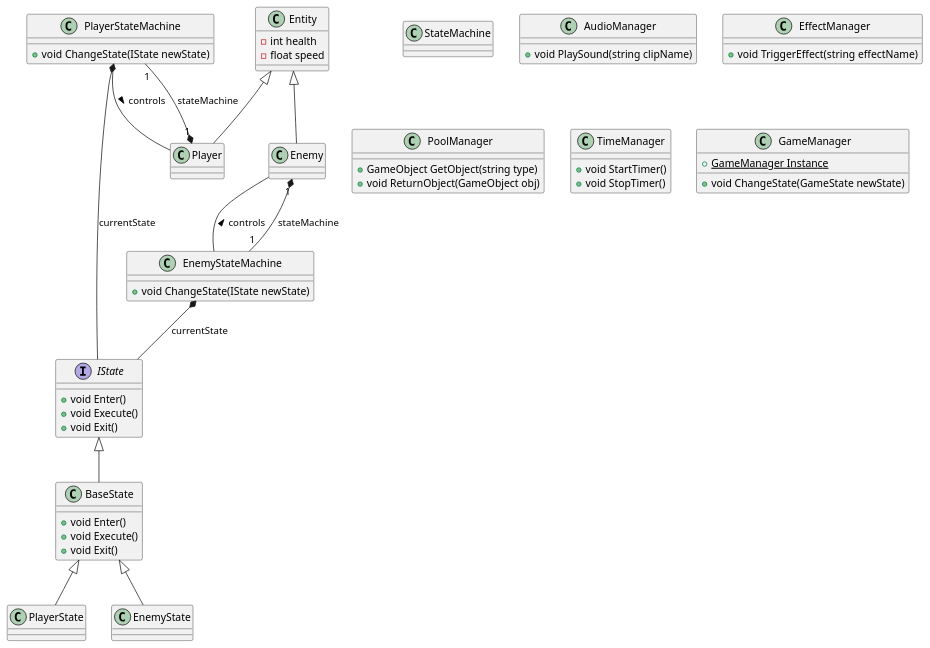
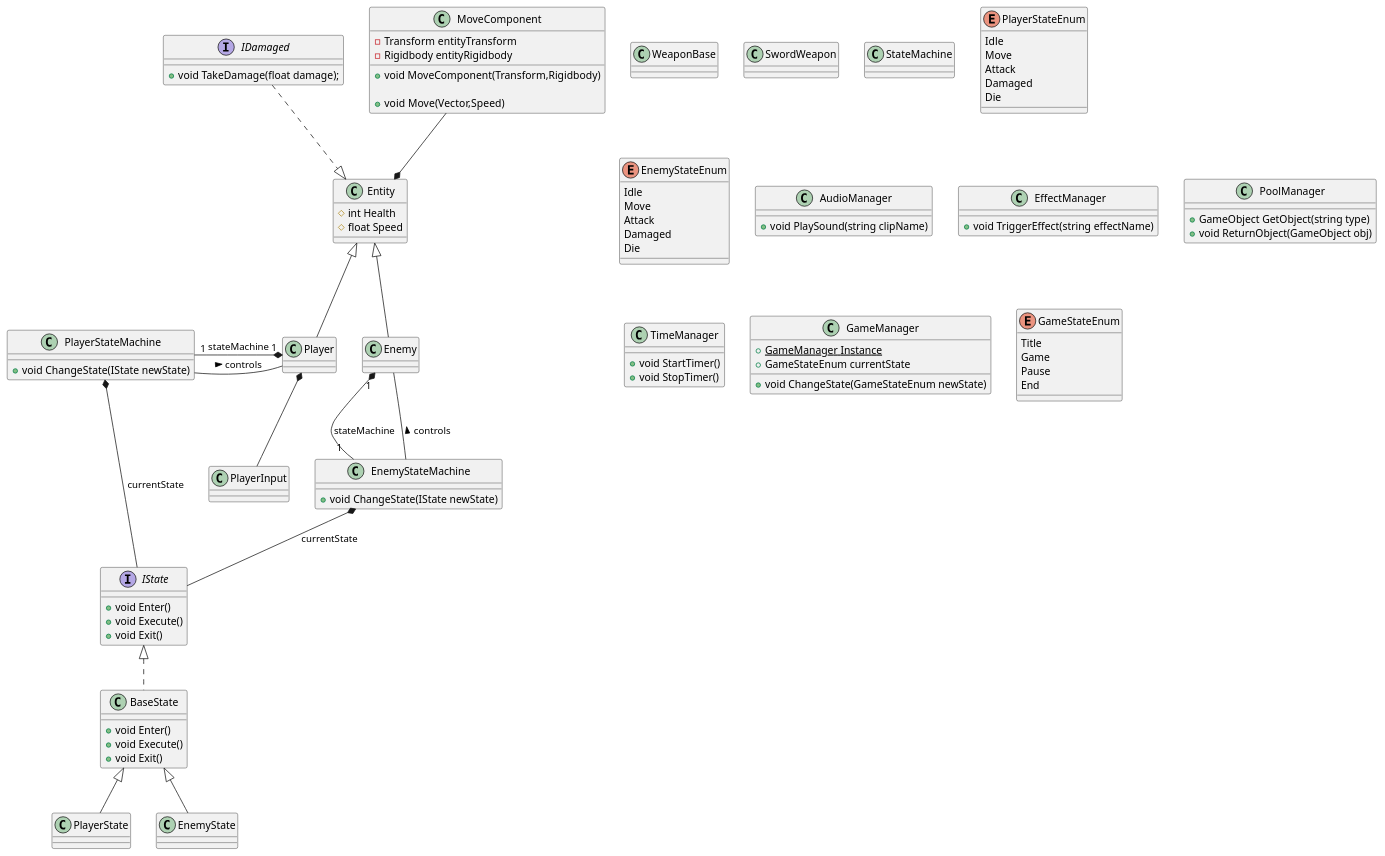
One commit to Shatang0821/TopDownAPRG changed the diagram in Class.pu. Above: the diagram before and after it, drawn with PlantUML. The commit also changed 14 other files, not shown here.

```diff
--- a/Class.pu
+++ b/Class.pu
@@ -1,83 +1,140 @@
 @startuml TopDown
 ' キャラクターとそのステートマシン
 class Entity {
-    -int health
-    -float speed
+    #int Health
+    #float Speed
 }
 
 class Player {
 }
 
 class Enemy {
 }
 
+class PlayerInput{
+
+}
+
+class MoveComponent{    
+    -Transform entityTransform
+    -Rigidbody entityRigidbody
+    +void MoveComponent(Transform,Rigidbody)
+
+    +void Move(Vector,Speed)
+}
+
+interface IDamaged{
+    +void TakeDamage(float damage);
+}
+
+Entity *-up- MoveComponent
+Entity <|.up. IDamaged
+
 Entity <|-- Player
 Entity <|-- Enemy
+
+Player *-down- PlayerInput
 
 interface IState {
     +void Enter()
     +void Execute()
     +void Exit()
 }
 
 class BaseState {
     +void Enter()
     +void Execute()
     +void Exit()
 }
 
-class StateMachine
 
-BaseState -up-|> IState
+' 武器ベース
+class WeaponBase{
+
+}
+' 剣
+class SwordWeapon{
+    
+}
+
+class StateMachine{
+
+}
+
+BaseState .up.|> IState
 
 class PlayerState {
 }
 
+enum PlayerStateEnum{
+    Idle
+    Move
+    Attack
+    Damaged
+    Die
+}
+
 class EnemyState {
+}
+
+enum EnemyStateEnum{
+    Idle
+    Move
+    Attack
+    Damaged
+    Die
 }
 
 PlayerState -up-|> BaseState
 EnemyState -up-|> BaseState
 
 class PlayerStateMachine {
     +void ChangeState(IState newState)
 }
 
 class EnemyStateMachine {
     +void ChangeState(IState newState)
 }
 
-PlayerStateMachine -- Player : controls >
+PlayerStateMachine -right- Player : controls >
 EnemyStateMachine -- Enemy : controls >
 
 Player "1" *-- "1" PlayerStateMachine : stateMachine
 Enemy "1" *-- "1" EnemyStateMachine : stateMachine
 
 PlayerStateMachine *-- IState : currentState
 EnemyStateMachine *-- IState : currentState
 
 ' マネージャー
 class AudioManager {
     +void PlaySound(string clipName)
 }
 
 class EffectManager {
     +void TriggerEffect(string effectName)
 }
 
 class PoolManager {
     +GameObject GetObject(string type)
     +void ReturnObject(GameObject obj)
 }
 
 class TimeManager {
     +void StartTimer()
     +void StopTimer()
 }
 
 class GameManager {
     {static} +GameManager Instance
-    +void ChangeState(GameState newState)
+    +GameStateEnum currentState
+    +void ChangeState(GameStateEnum newState)
+}
+
+enum GameStateEnum{
+    Title
+    Game
+    Pause
+    End
 }
 
 @enduml
```
